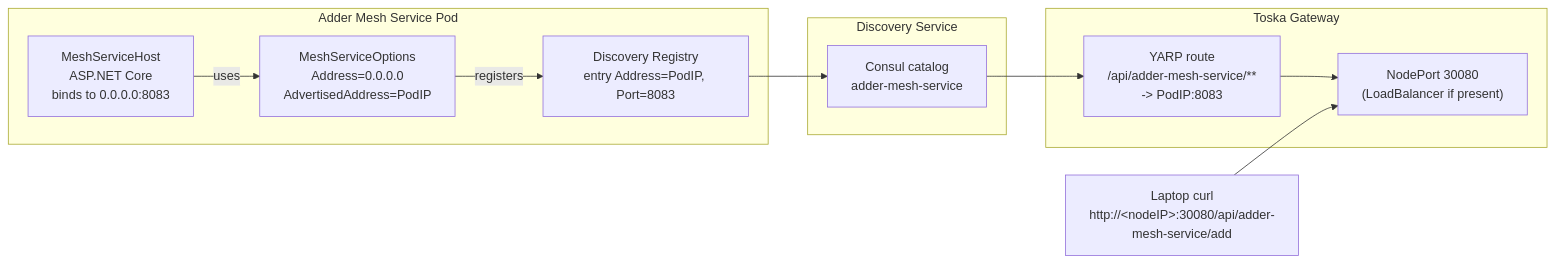
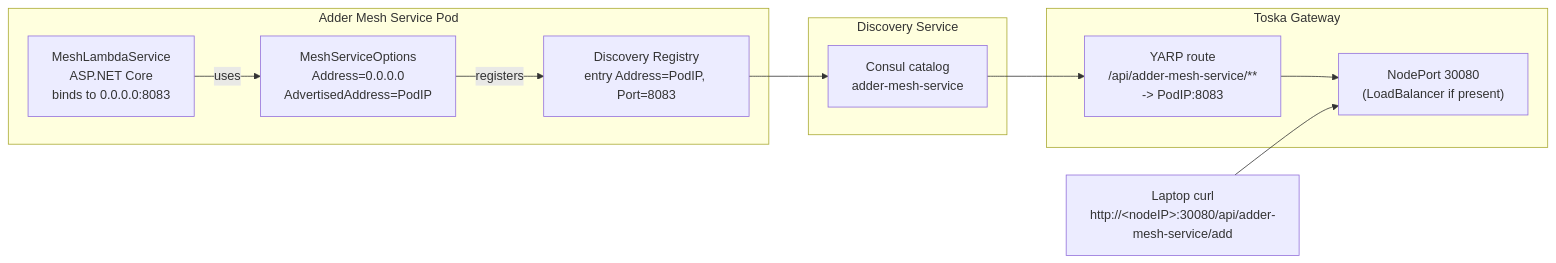
The diagram in docs/adder-mesh-gateway.md (abstractivemachines/toska-mesh-cs), drawn with Mermaid before and after one commit. The commit also changed 32 other files, not shown here.

First line of the commit message:
Rename MeshServiceHost to MeshLambdaService

````diff
--- a/docs/adder-mesh-gateway.md
+++ b/docs/adder-mesh-gateway.md
@@ -3,18 +3,18 @@
 ```mermaid
 flowchart LR
     subgraph AdderPod["Adder Mesh Service Pod"]
-        A["MeshServiceHost<br/>ASP.NET Core<br/>binds to 0.0.0.0:8083"] -->|uses| B["MeshServiceOptions<br/>Address=0.0.0.0<br/>AdvertisedAddress=PodIP"]
+        A["MeshLambdaService<br/>ASP.NET Core<br/>binds to 0.0.0.0:8083"] -->|uses| B["MeshServiceOptions<br/>Address=0.0.0.0<br/>AdvertisedAddress=PodIP"]
         B -->|registers| C["Discovery Registry<br/>entry Address=PodIP, Port=8083"]
     end
 
     subgraph Discovery["Discovery Service"]
         C --> D["Consul catalog<br/>adder-mesh-service"]
     end
 
     subgraph Gateway["Toska Gateway"]
         D --> E["YARP route<br/>/api/adder-mesh-service/**<br/>-> PodIP:8083"]
         E --> F["NodePort 30080<br/>(LoadBalancer if present)"]
     end
 
     Laptop["Laptop curl<br/>http://&lt;nodeIP&gt;:30080/api/adder-mesh-service/add"] --> F
 ```
````
